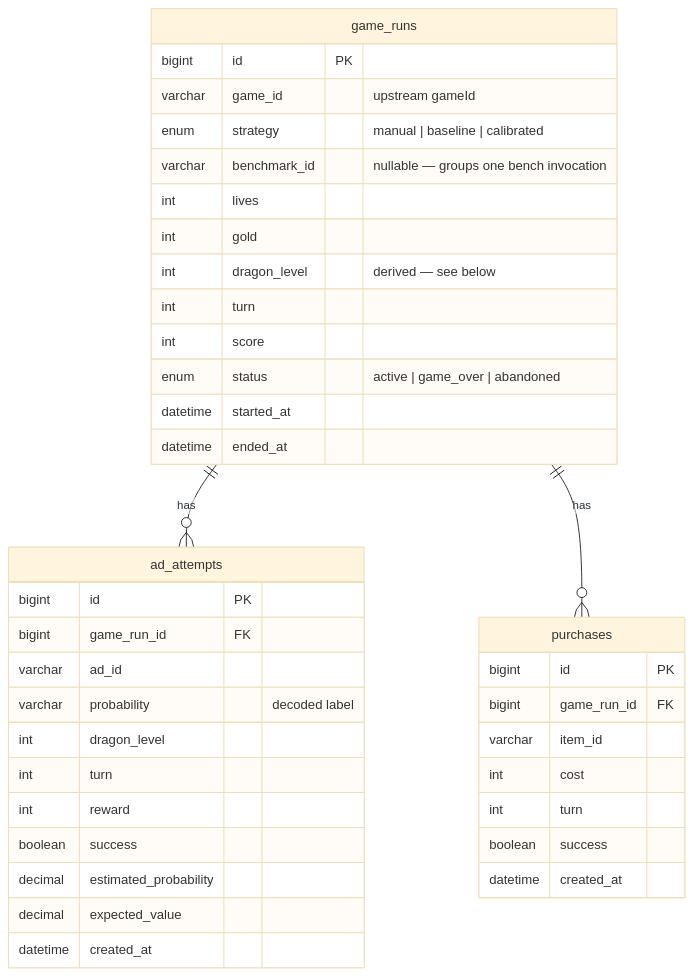
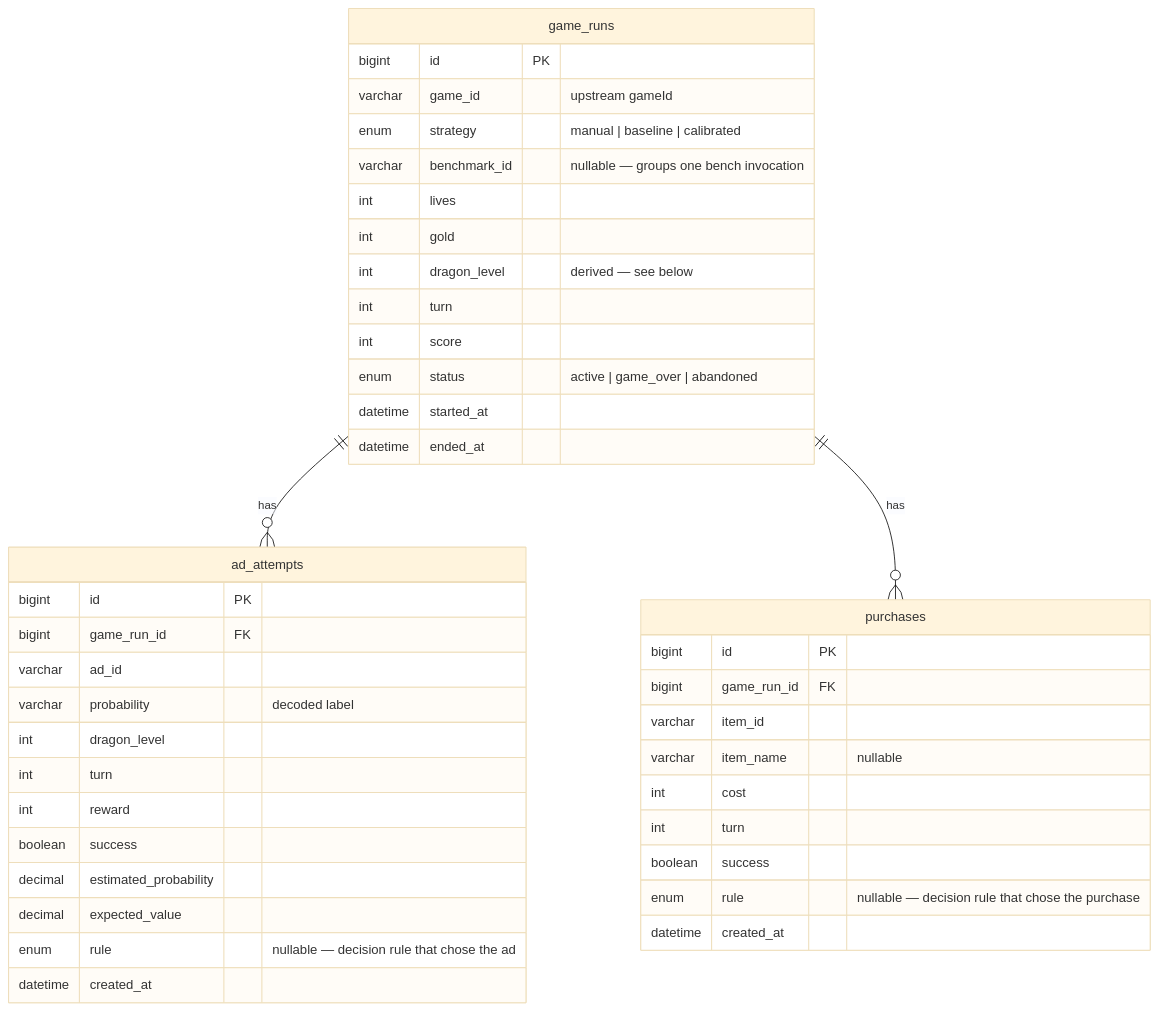
Before and after one commit to eazygood/dragons_game: the diagram in docs/agent_docs/database.md, drawn with Mermaid (base theme). The commit also changed other lines of this file and 7 other files, not shown here.

````diff
--- a/docs/agent_docs/database.md
+++ b/docs/agent_docs/database.md
@@ -7,42 +7,45 @@
 ```mermaid
 erDiagram
     game_runs ||--o{ ad_attempts : has
     game_runs ||--o{ purchases : has
 
     game_runs {
         bigint id PK
         varchar game_id "upstream gameId"
         enum strategy "manual | baseline | calibrated"
         varchar benchmark_id "nullable — groups one bench invocation"
         int lives
         int gold
         int dragon_level "derived — see below"
         int turn
         int score
         enum status "active | game_over | abandoned"
         datetime started_at
         datetime ended_at
     }
     ad_attempts {
         bigint id PK
         bigint game_run_id FK
         varchar ad_id
         varchar probability "decoded label"
         int dragon_level
         int turn
         int reward
         boolean success
         decimal estimated_probability
         decimal expected_value
+        enum rule "nullable — decision rule that chose the ad"
         datetime created_at
     }
     purchases {
         bigint id PK
         bigint game_run_id FK
         varchar item_id
+        varchar item_name "nullable"
         int cost
         int turn
         boolean success
+        enum rule "nullable — decision rule that chose the purchase"
         datetime created_at
     }
 ```
````
